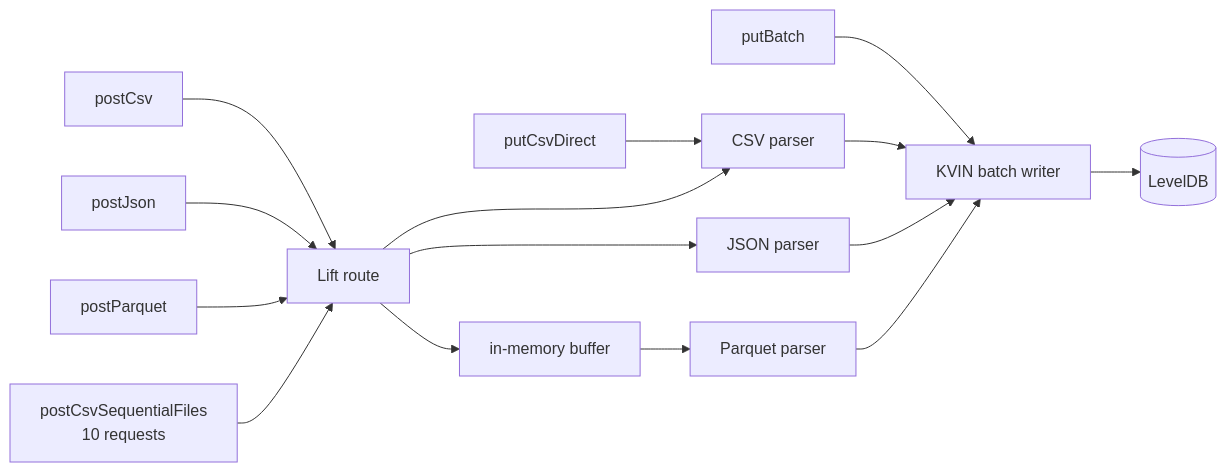
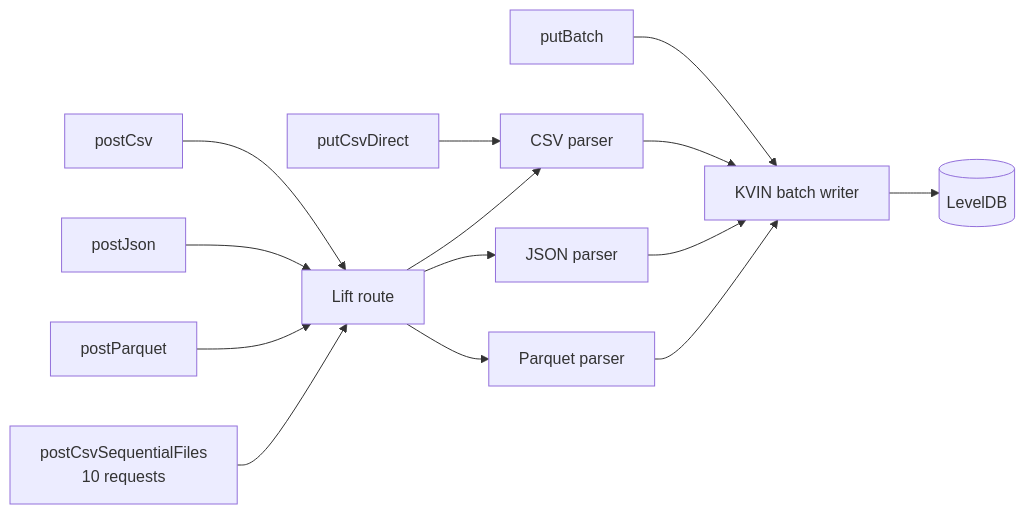
Before and after one commit to linkedfactory/linkedfactory-pod: the diagram in docs/benchmarks/kvin-ingestion.md, drawn with Mermaid. The commit also changed other lines of this file and 19 other files, not shown here.

````diff
--- a/docs/benchmarks/kvin-ingestion.md
+++ b/docs/benchmarks/kvin-ingestion.md
@@ -15,10 +15,10 @@
 ```mermaid
 flowchart LR
     PB["putBatch"] --> W["KVIN batch writer"]
     CD["putCsvDirect"] --> CP["CSV parser"] --> W
     PC["postCsv"] --> L["Lift route"] --> CP
     PJ["postJson"] --> L --> JP["JSON parser"] --> W
-    PP["postParquet"] --> L --> PF["in-memory buffer"] --> PR["Parquet parser"] --> W
+    PP["postParquet"] --> L --> PQ["Parquet parser"] --> W
     PS["postCsvSequentialFiles<br/>10 requests"] --> L
     W --> DB[("LevelDB")]
 ```
````
